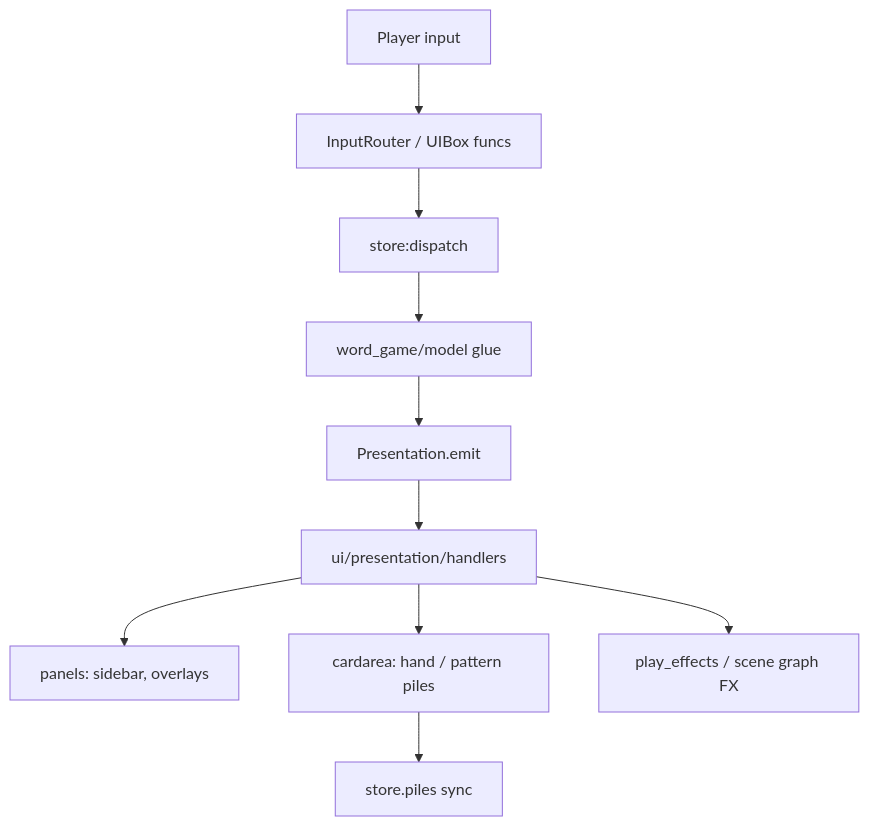
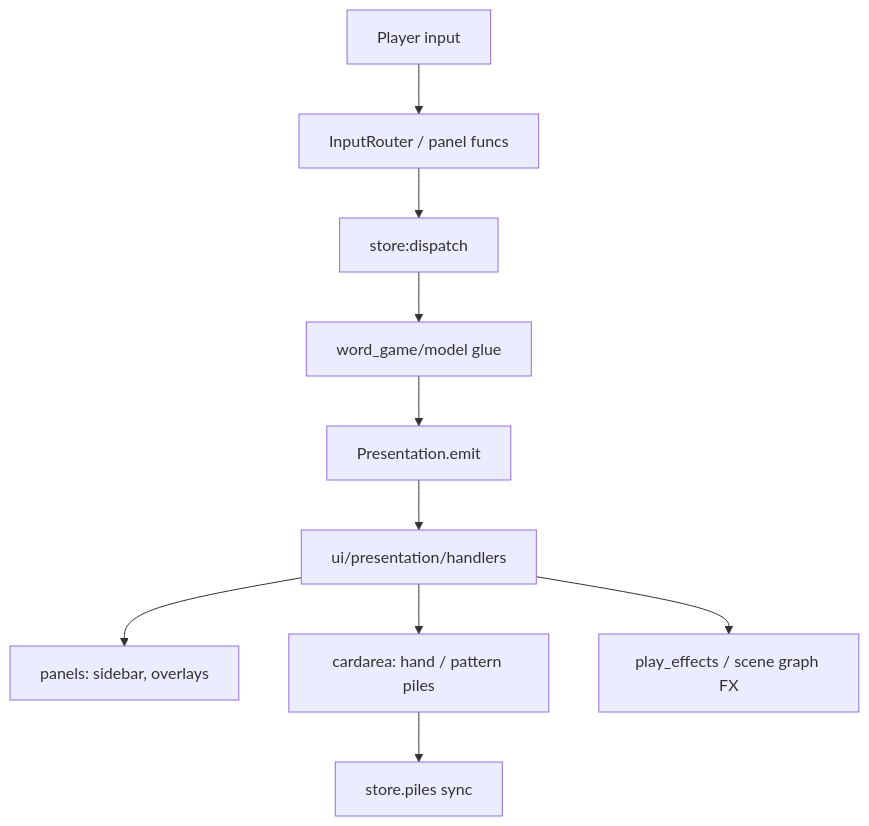
Before and after one commit to ashesnz/jumbalaya: the diagram in docs/ui-stack.md, drawn with Mermaid. The commit also changed other lines of this file and 88 other files, not shown here.

````diff
--- a/docs/ui-stack.md
+++ b/docs/ui-stack.md
@@ -30,12 +30,12 @@
 ```mermaid
 flowchart TD
-  input[Player input] --> router[InputRouter / UIBox funcs]
+  input[Player input] --> router[InputRouter / panel funcs]
   router --> store[store:dispatch]
   store --> model[word_game/model glue]
   model --> pres[Presentation.emit]
   pres --> handlers[ui/presentation/handlers]
   handlers --> panels[panels: sidebar, overlays]
   handlers --> cardarea[cardarea: hand / pattern piles]
   handlers --> fx[play_effects / scene graph FX]
   cardarea --> piles[store.piles sync]
 ```
````
